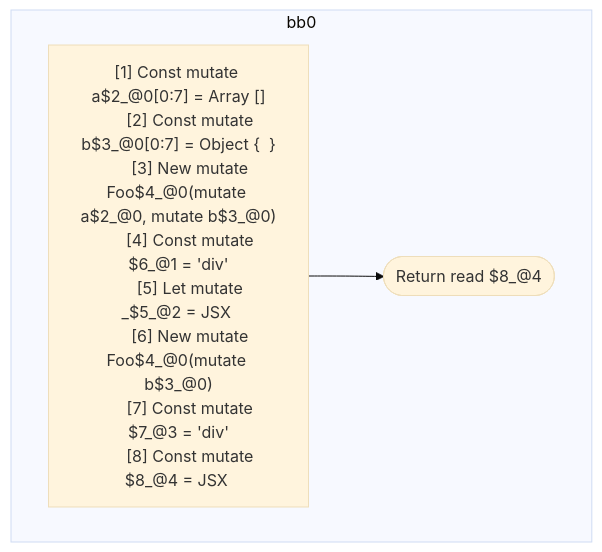
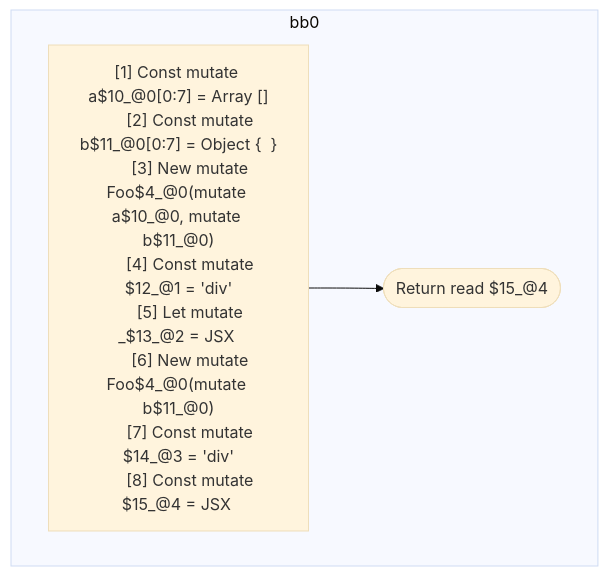
Before and after one commit to wutsmog/private: the second of 2 diagrams in compiler/forget/src/__tests__/fixtures/hir/constructor.expect.md, drawn with Mermaid (base theme). The commit also changed other lines of this file and 59 other files, not shown here.

````diff
--- a/compiler/forget/src/__tests__/fixtures/hir/constructor.expect.md
+++ b/compiler/forget/src/__tests__/fixtures/hir/constructor.expect.md
@@ -61,20 +61,20 @@
 ```mermaid
 flowchart TB
   %% Basic Blocks
   subgraph bb0
     bb0_instrs["
-      [1] Const mutate a$2_@0[0:7] = Array []
-      [2] Const mutate b$3_@0[0:7] = Object {  }
-      [3] New mutate Foo$4_@0(mutate a$2_@0, mutate b$3_@0)
-      [4] Const mutate $6_@1 = 'div'
-      [5] Let mutate _$5_@2 = JSX <read $6_@1 a={freeze a$2_@0} ></read $6_@1>
-      [6] New mutate Foo$4_@0(mutate b$3_@0)
-      [7] Const mutate $7_@3 = 'div'
-      [8] Const mutate $8_@4 = JSX <read $7_@3 a={read a$2_@0} b={freeze b$3_@0} ></read $7_@3>
+      [1] Const mutate a$10_@0[0:7] = Array []
+      [2] Const mutate b$11_@0[0:7] = Object {  }
+      [3] New mutate Foo$4_@0(mutate a$10_@0, mutate b$11_@0)
+      [4] Const mutate $12_@1 = 'div'
+      [5] Let mutate _$13_@2 = JSX <read $12_@1 a={freeze a$10_@0} ></read $12_@1>
+      [6] New mutate Foo$4_@0(mutate b$11_@0)
+      [7] Const mutate $14_@3 = 'div'
+      [8] Const mutate $15_@4 = JSX <read $14_@3 a={read a$10_@0} b={freeze b$11_@0} ></read $14_@3>
     "]
-    bb0_instrs --> bb0_terminal(["Return read $8_@4"])
+    bb0_instrs --> bb0_terminal(["Return read $15_@4"])
   end
 
   %% Jumps
   %% empty
 ```
````
